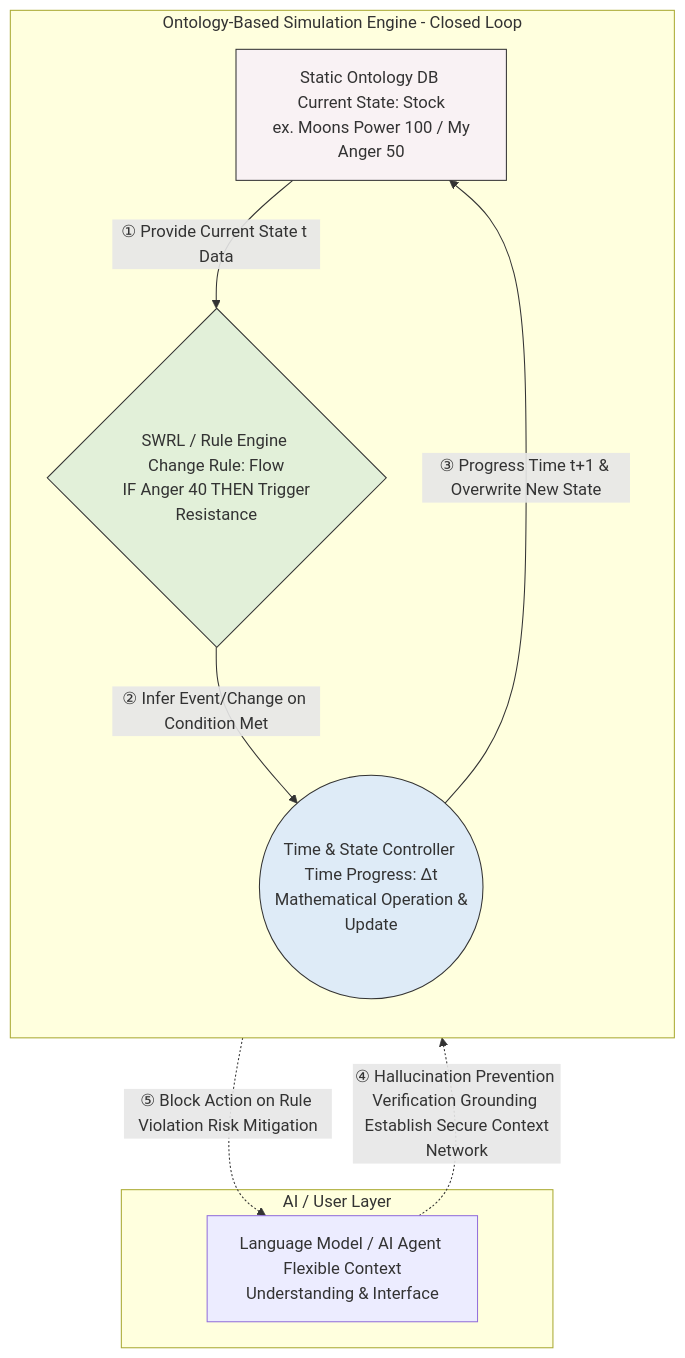
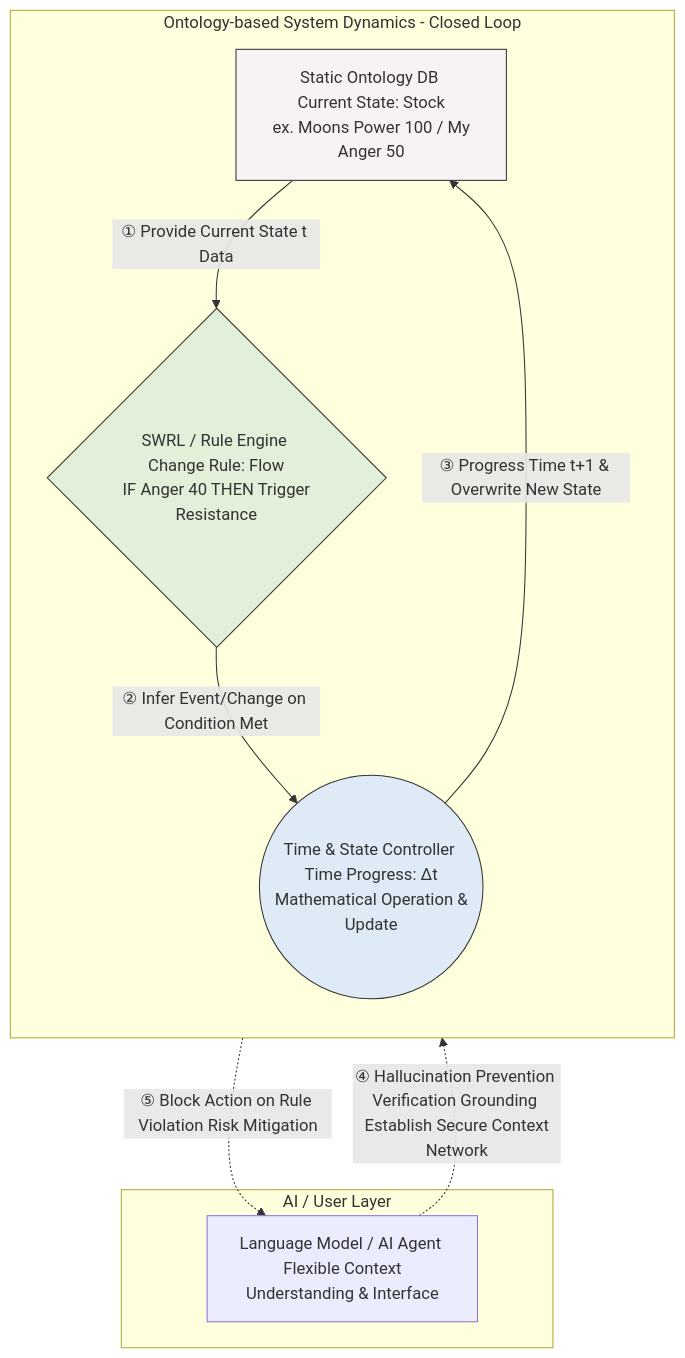
Before and after one commit to hamnYK/eduContextOn: the first of 3 diagrams in en/index.md, drawn with Mermaid. The commit also changed other lines of this file and 1 other file, not shown here.

Commit message:
feat: add English landing page with system dynamics and ontology visualizations

```diff
--- a/en/index.md
+++ b/en/index.md
@@ -26,26 +26,26 @@
       <div class="mermaid">
 graph TD
-    subgraph Integrated_SD_System [Ontology-Based Simulation Engine - Closed Loop]
+    subgraph Integrated_SD_System [Ontology-based System Dynamics - Closed Loop]
         direction TB
         
         Ontology[Static Ontology DB <br> Current State: Stock <br> ex. Moons Power 100 / My Anger 50]
         RuleEngine{SWRL / Rule Engine <br> Change Rule: Flow <br> IF Anger 40 THEN Trigger Resistance}
         TimeController((Time & State Controller <br> Time Progress: Δt <br> Mathematical Operation & Update))
         
         Ontology -- ① Provide Current State t Data --> RuleEngine
         RuleEngine -- ② Infer Event/Change on Condition Met --> TimeController
         TimeController -- ③ Progress Time t+1 & Overwrite New State --> Ontology
     end
 
     subgraph LLM_Interface [AI / User Layer]
         LLM[Language Model / AI Agent <br> Flexible Context Understanding & Interface]
     end
 
     %% Guardrail Connection
     LLM -.->|④ Hallucination Prevention Verification Grounding <br> Establish Secure Context Network| Ontology
     TimeController -.->|⑤ Block Action on Rule Violation Risk Mitigation| LLM
 
     style Ontology fill:#f9f2f4,stroke:#333,stroke-width:1px
     style RuleEngine fill:#e2f0d9,stroke:#333,stroke-width:1px
     style TimeController fill:#deebf7,stroke:#333,stroke-width:1px
       </div>
```
